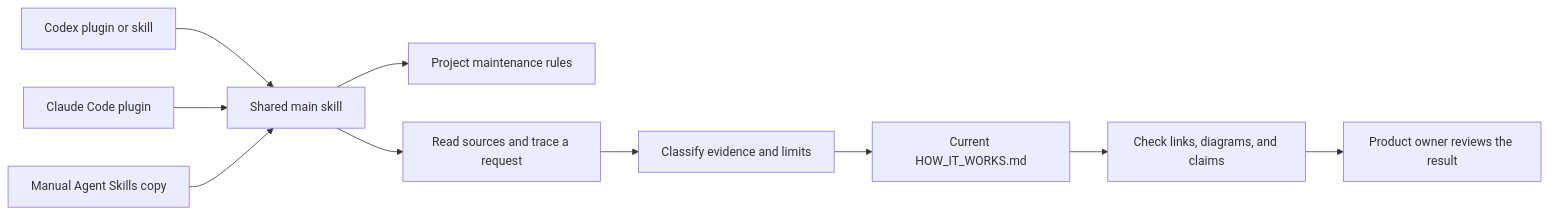
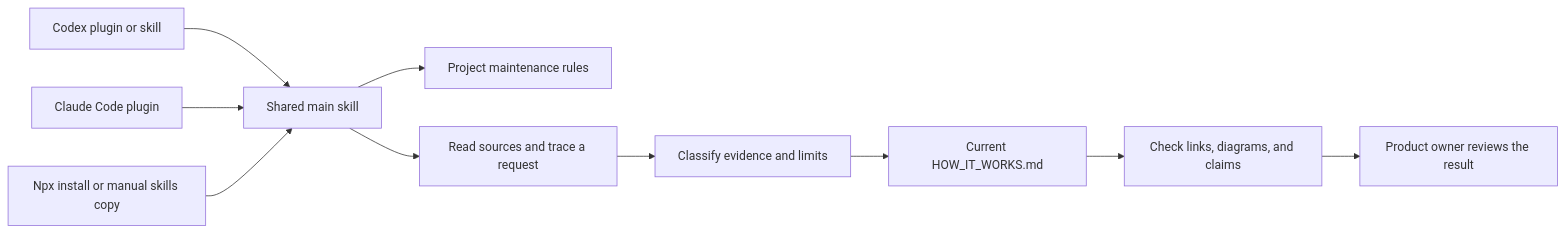
The first of 3 diagrams in HOW_IT_WORKS.md (joevilcai666/how-it-works-skill), drawn with Mermaid before and after one commit. The commit also changed other lines of this file and 1 other file, not shown here.

````diff
--- a/HOW_IT_WORKS.md
+++ b/HOW_IT_WORKS.md
@@ -27,12 +27,12 @@
 ```mermaid
 flowchart LR
   A[Codex plugin or skill] --> S[Shared main skill]
   B[Claude Code plugin] --> S
-  C[Manual Agent Skills copy] --> S
+  C[Npx install or manual skills copy] --> S
   S --> U[Project maintenance rules]
   S --> R[Read sources and trace a request]
   R --> E[Classify evidence and limits]
   E --> D[Current HOW_IT_WORKS.md]
   D --> V[Check links, diagrams, and claims]
   V --> P[Product owner reviews the result]
 ```
````
